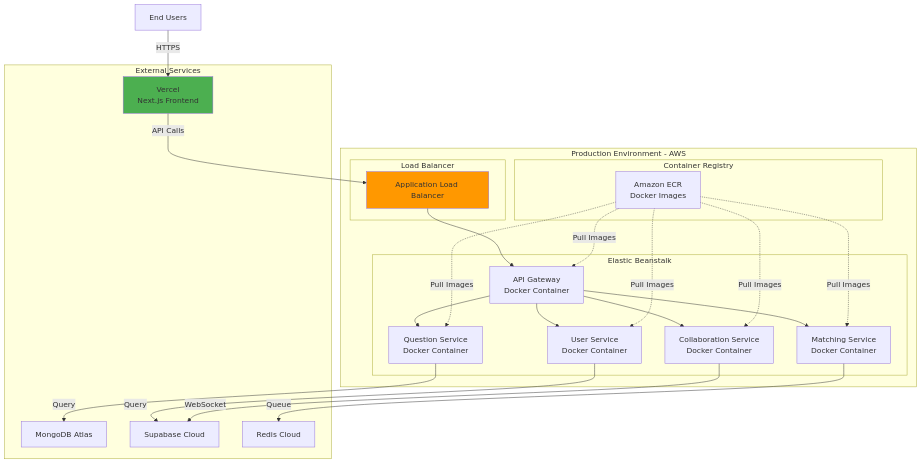
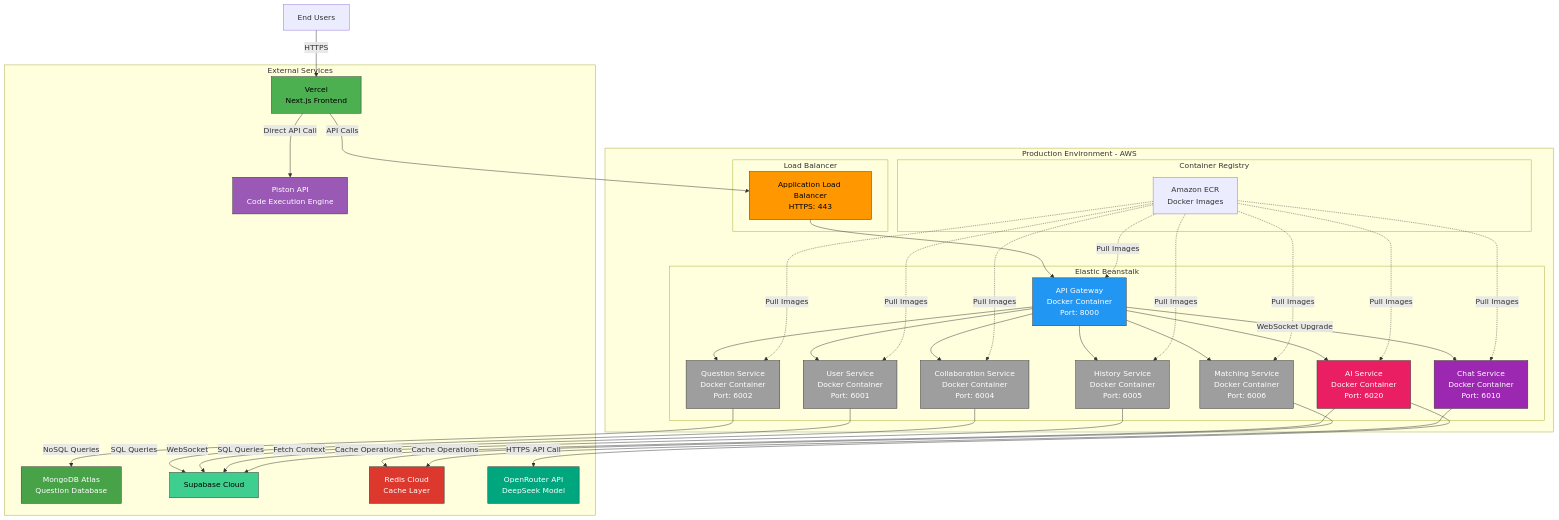
One commit to thony-ui/cs3219-ay2526s1-project-g22 changed the tenth of 13 diagrams in docs/architecture-diagrams.md. Above: the diagram before and after it, drawn with Mermaid. The commit also changed other lines of this file and 9 other files, not shown here.

````diff
--- a/docs/architecture-diagrams.md
+++ b/docs/architecture-diagrams.md
@@ -373,49 +372,79 @@
 ```mermaid
 graph TB
     subgraph "Production Environment - AWS"
         subgraph "Elastic Beanstalk"
-            EB1[API Gateway<br/>Docker Container]
-            EB2[User Service<br/>Docker Container]
-            EB3[Question Service<br/>Docker Container]
-            EB4[Matching Service<br/>Docker Container]
-            EB5[Collaboration Service<br/>Docker Container]
+            EB1[API Gateway<br/>Docker Container<br/>Port: 8000]
+            EB2[User Service<br/>Docker Container<br/>Port: 6001]
+            EB3[Question Service<br/>Docker Container<br/>Port: 6002]
+            EB4[Matching Service<br/>Docker Container<br/>Port: 6006]
+            EB5[Collaboration Service<br/>Docker Container<br/>Port: 6004]
+            EB6[History Service<br/>Docker Container<br/>Port: 6005]
+            EB7[Chat Service<br/>Docker Container<br/>Port: 6010]
+            EB8[AI Service<br/>Docker Container<br/>Port: 6020]
         end
 
         subgraph "Load Balancer"
-            ALB[Application Load Balancer]
+            ALB[Application Load Balancer<br/>HTTPS: 443]
         end
 
         subgraph "Container Registry"
             ECR[Amazon ECR<br/>Docker Images]
         end
     end
 
     subgraph "External Services"
         Vercel[Vercel<br/>Next.js Frontend]
-        MongoDB[MongoDB Atlas]
-        Supabase[Supabase Cloud]
-        Redis[Redis Cloud]
+        MongoDB[MongoDB Atlas<br/>Question Database]
+        Supabase[Supabase Cloud<br/>]
+        Redis[Redis Cloud<br/>Cache Layer]
+        OpenRouter[OpenRouter API<br/>DeepSeek Model]
+        Piston[Piston API<br/>Code Execution Engine]
     end
 
     Users[End Users] -->|HTTPS| Vercel
     Vercel -->|API Calls| ALB
+    Vercel -->|Direct API Call| Piston
     ALB --> EB1
+
     EB1 --> EB2
     EB1 --> EB3
     EB1 --> EB4
     EB1 --> EB5
+    EB1 --> EB6
+    EB1 -->|WebSocket Upgrade| EB7
+    EB1 --> EB8
 
     ECR -.->|Pull Images| EB1
     ECR -.->|Pull Images| EB2
     ECR -.->|Pull Images| EB3
     ECR -.->|Pull Images| EB4
     ECR -.->|Pull Images| EB5
+    ECR -.->|Pull Images| EB6
+    ECR -.->|Pull Images| EB7
+    ECR -.->|Pull Images| EB8
 
-    EB2 -->|Query| Supabase
-    EB3 -->|Query| MongoDB
-    EB4 -->|Queue| Redis
+    EB2 -->|SQL Queries| Supabase
+    EB3 -->|NoSQL Queries| MongoDB
+    EB4 -->|Cache Operations| Redis
     EB5 -->|WebSocket| Supabase
+    EB6 -->|SQL Queries| Supabase
+    EB7 -->|Cache Operations| Redis
+    EB8 -->|HTTPS API Call| OpenRouter
+    EB8 -->|Fetch Context| Supabase
 
-    style Vercel fill:#4CAF50
-    style ALB fill:#FF9800
+    style Vercel fill:#4CAF50,stroke:#333,color:#000
+    style ALB fill:#FF9800,stroke:#333,color:#000
+    style EB1 fill:#2196F3,stroke:#333,color:#fff
+    style EB2 fill:#9E9E9E,stroke:#333,color:#fff
+    style EB3 fill:#9E9E9E,stroke:#333,color:#fff
+    style EB4 fill:#9E9E9E,stroke:#333,color:#fff
+    style EB5 fill:#9E9E9E,stroke:#333,color:#fff
+    style EB6 fill:#9E9E9E,stroke:#333,color:#fff
+    style EB7 fill:#9C27B0,stroke:#333,color:#fff
+    style EB8 fill:#E91E63,stroke:#333,color:#fff
+    style MongoDB fill:#47A248,stroke:#333,color:#fff
+    style Supabase fill:#3ECF8E,stroke:#333,color:#000
+    style Redis fill:#DC382D,stroke:#333,color:#fff
+    style OpenRouter fill:#00A67E,stroke:#333,color:#fff
+    style Piston fill:#9B59B6,stroke:#333,color:#fff
 ```
````
